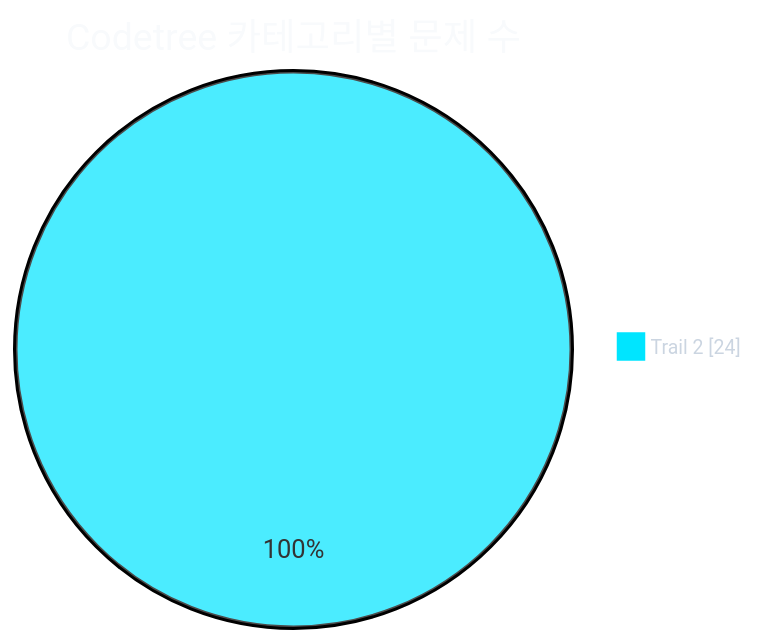
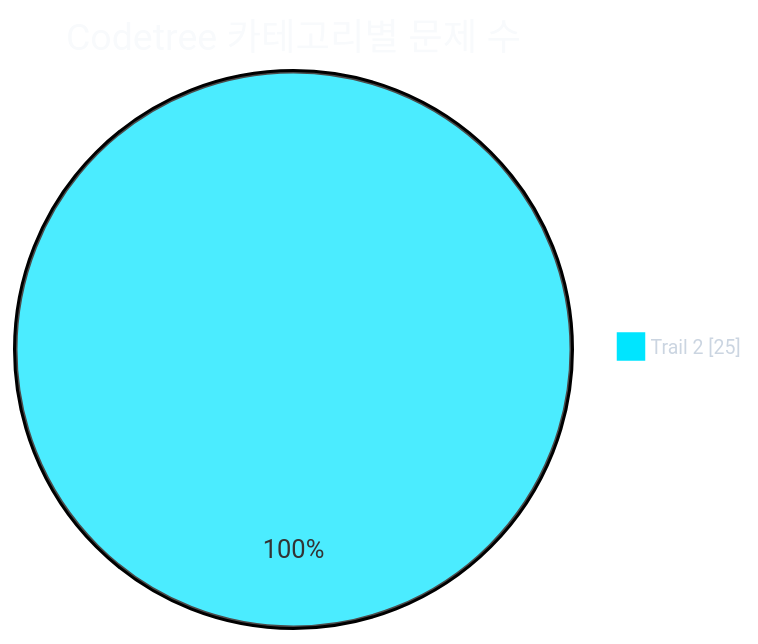
One commit to CHOOSLA/Algorithm changed the first of 2 diagrams in readme.md. Above: the diagram before and after it, drawn with Mermaid. The commit also changed other lines of this file and 2 other files, not shown here.

````diff
--- a/readme.md
+++ b/readme.md
@@ -31,21 +31,21 @@
 ```mermaid
 ---
 config:
   theme: base
   themeVariables:
     background: '#0d1117'
     pieTitleTextColor: '#f8fafc'
     pieLegendTextColor: '#cbd5e1'
     pieLegendTextSize: '13px'
     pie1: '#00e5ff'
     pie2: '#22c55e'
     pie3: '#f59e0b'
     pie4: '#a855f7'
     pie5: '#ec4899'
     pie6: '#3b82f6'
     pie7: '#64748b'
 ---
 pie showData
   title Codetree 카테고리별 문제 수
-  "Trail 2" : 24
+  "Trail 2" : 25
 ```
````
